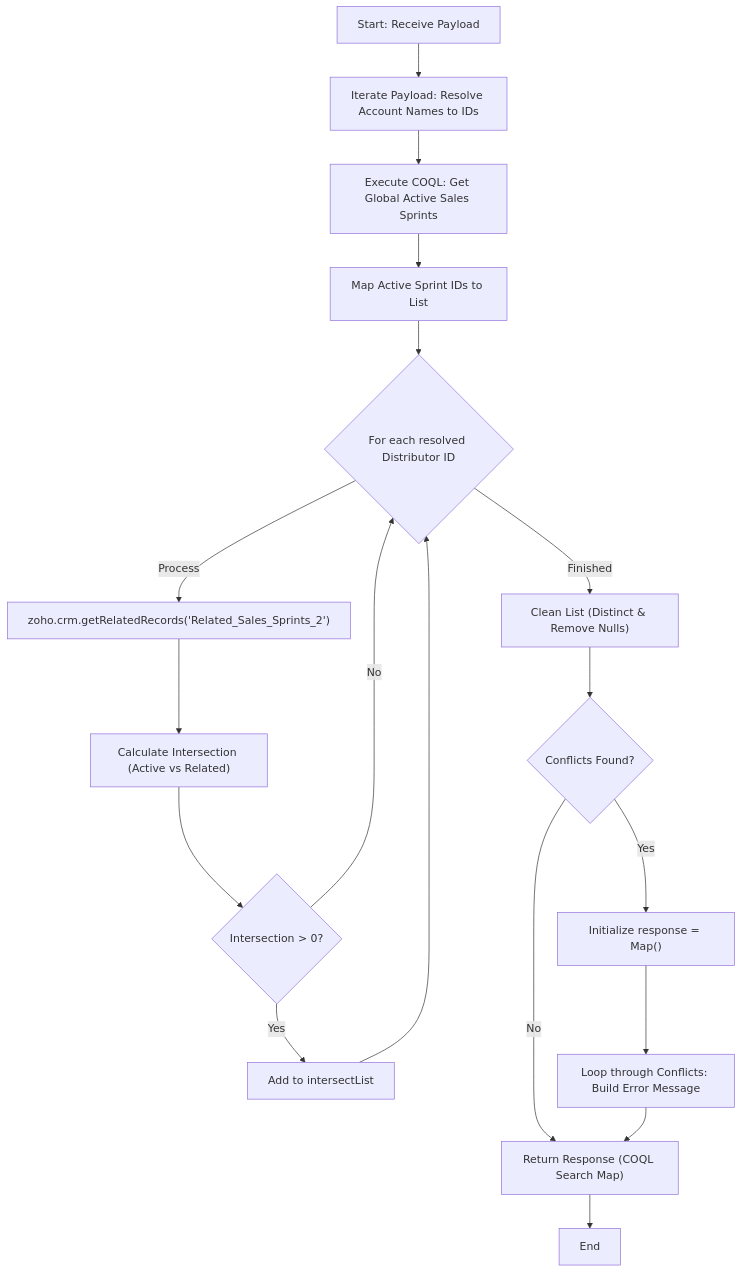
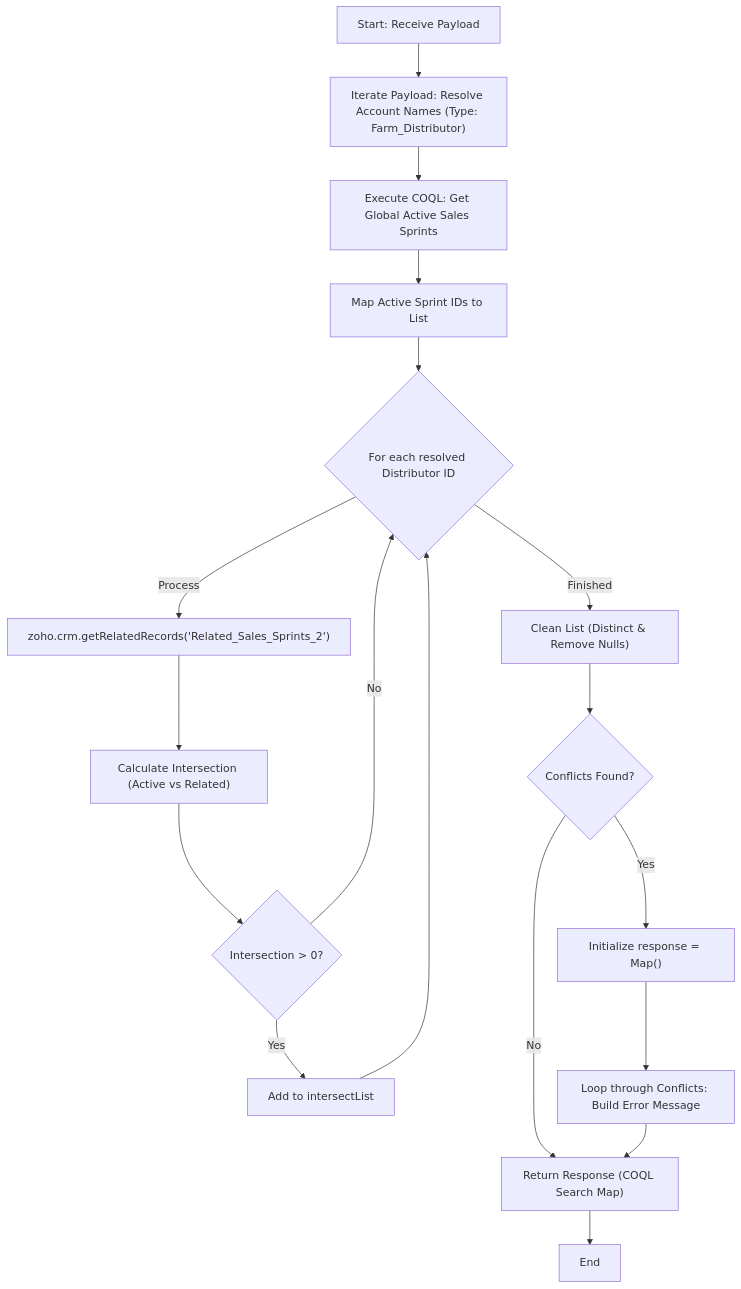
One commit to martinkp93/zoho-scripts changed the diagram in scripts/delugeSendToActiveCampaignLimit/delugeSendToActiveCampaignLimit.md. Above: the diagram before and after it, drawn with Mermaid. The commit also changed other lines of this file, not shown here.

````diff
--- a/scripts/delugeSendToActiveCampaignLimit/delugeSendToActiveCampaignLimit.md
+++ b/scripts/delugeSendToActiveCampaignLimit/delugeSendToActiveCampaignLimit.md
@@ -37,20 +37,20 @@
 ```mermaid
 graph TD
-    Start["Start: Receive Payload"] --> ResolveDistributors["Iterate Payload: Resolve Account Names to IDs"]
+    Start["Start: Receive Payload"] --> ResolveDistributors["Iterate Payload: Resolve Account Names (Type: Farm_Distributor)"]
     ResolveDistributors --> COQLQuery["Execute COQL: Get Global Active Sales Sprints"]
     COQLQuery --> MapActiveIDs["Map Active Sprint IDs to List"]
     MapActiveIDs --> DistLoopStart{"For each resolved Distributor ID"}
     DistLoopStart -- "Process" --> GetRelated["zoho.crm.getRelatedRecords('Related_Sales_Sprints_2')"]
     GetRelated --> Intersect["Calculate Intersection (Active vs Related)"]
     Intersect --> CheckSize{"Intersection > 0?"}
     CheckSize -- "Yes" --> AddToList["Add to intersectList"]
     CheckSize -- "No" --> DistLoopStart
     AddToList --> DistLoopStart
     DistLoopStart -- "Finished" --> CleanList["Clean List (Distinct & Remove Nulls)"]
     CleanList --> ConflictCheck{"Conflicts Found?"}
     ConflictCheck -- "Yes" --> InitErrorMap["Initialize response = Map()"]
     InitErrorMap --> BuildConflictMsg["Loop through Conflicts: Build Error Message"]
     ConflictCheck -- "No" --> ReturnResponse["Return Response (COQL Search Map)"]
     BuildConflictMsg --> ReturnResponse
     ReturnResponse --> End["End"]
 ```
````
